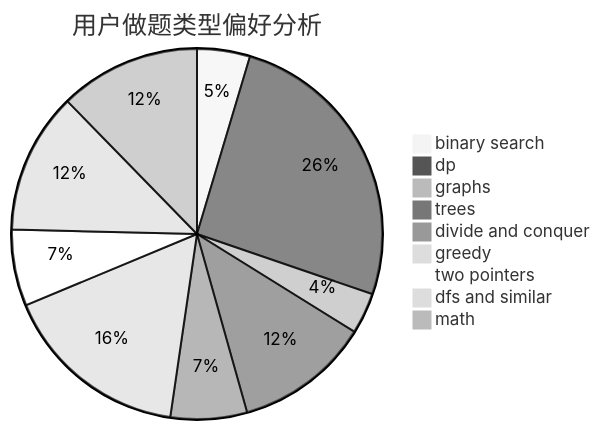
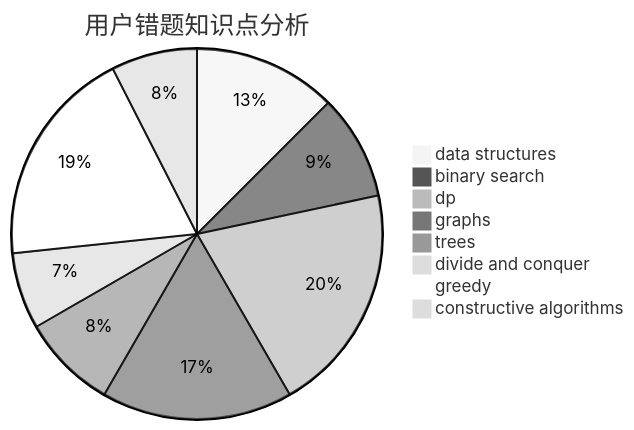
Before and after one commit to sherpahu/cfrs.github.io: the third of 3 diagrams in docs/user/u495.md, drawn with Mermaid (neutral theme). The commit also changed other lines of this file and 2775 other files, not shown here.

````diff
--- a/docs/user/u495.md
+++ b/docs/user/u495.md
@@ -23,12 +36,11 @@
 ```mermaid
-pie title 用户做题类型偏好分析
-    "binary search" :  9
-    "dp" :  50
-    "graphs" :  7
-    "trees" :  23
-    "divide and conquer" :  13
-    "greedy" :  32
-    "two pointers" :  13
-    "dfs and similar" :  24
-    "math" :  24
+pie title 用户错题知识点分析
+    "data structures" :  15
+    "binary search" :  11
+    "dp" :  24
+    "graphs" :  20
+    "trees" :  10
+    "divide and conquer" :  8
+    "greedy" :  23
+    "constructive algorithms" :  9
 ```
````
